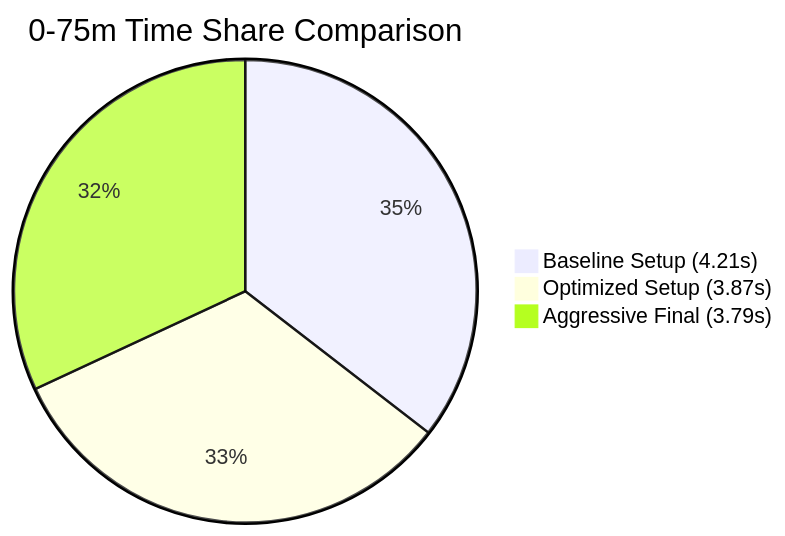
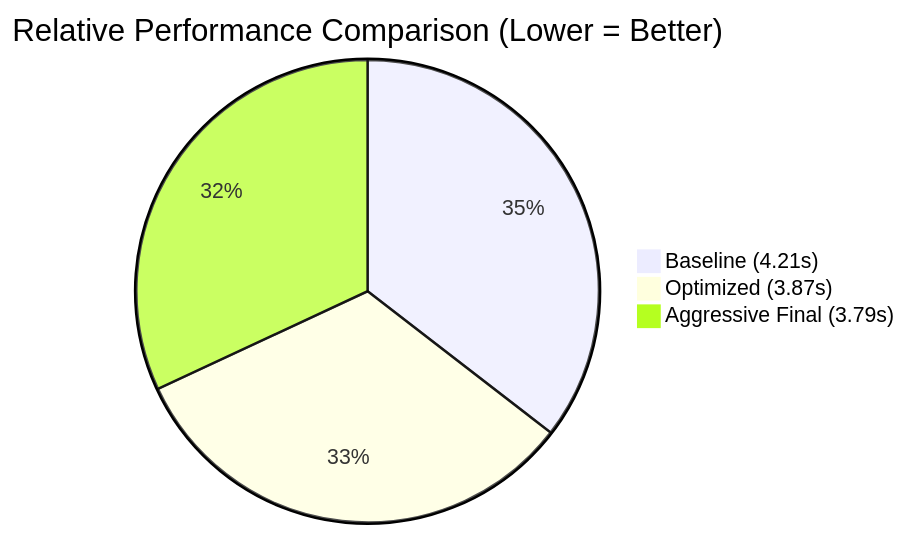
One commit to Punyamittal/gear-lab-pro changed the sixth of 6 diagrams in README.md. Above: the diagram before and after it, drawn with Mermaid. The commit also changed other lines of this file, not shown here.

````diff
--- a/README.md
+++ b/README.md
@@ -109,8 +126,6 @@
 ```mermaid
-
-pie title 0-75m Time Share Comparison
-    "Baseline Setup (4.21s)" : 421
-    "Optimized Setup (3.87s)" : 387
+pie title Relative Performance Comparison (Lower = Better)
+    "Baseline (4.21s)" : 421
+    "Optimized (3.87s)" : 387
     "Aggressive Final (3.79s)" : 379
-
 ```
````
